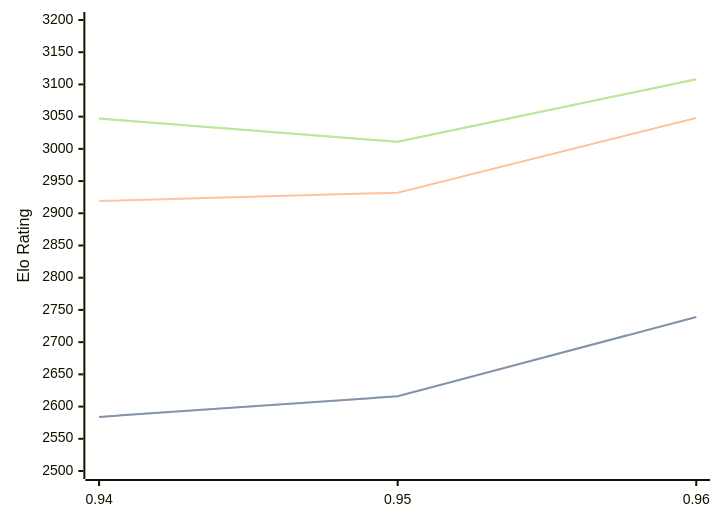
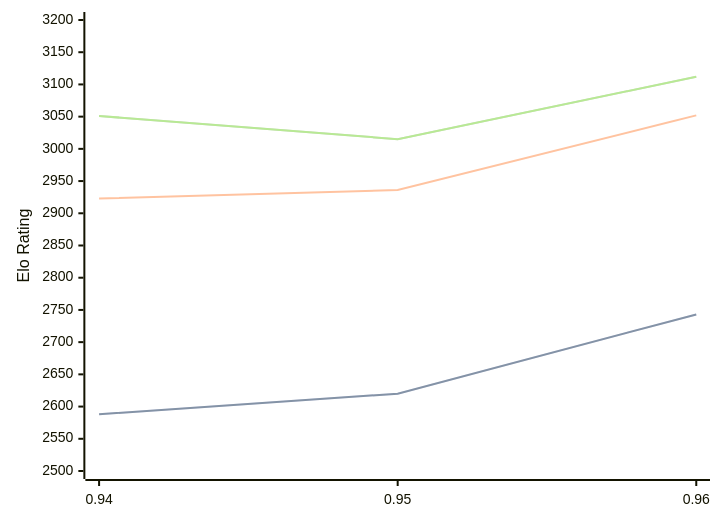
One commit to computer-chess-index/cci changed the diagram in engines/Myrddin.md. Above: the diagram before and after it, drawn with Mermaid. The commit also changed other lines of this file, not shown here.

Commit message:
Update CCI Ratings (ELO VLTC) - 2026-08-18

````diff
--- a/engines/Myrddin.md
+++ b/engines/Myrddin.md
@@ -33,11 +33,11 @@
 ```mermaid
 %%{init: {"theme":"base","themeVariables":{"seriesColors:['#a3a3a3','#222221','#faa371']}}}%%
 xychart-beta
   x-axis ["0.94", "0.95", "0.96"]
   y-axis "Elo Rating" 2500 --> 3200
-  line "STC (8.0+0.08s)" [2584, 2616, 2739]
-  line "STC (8.0+0.08s)" [2584, 2616, 2739]
-  line "LTC (60.0+0.60s)" [2919, 2932, 3048]
-  line "VLTC (2m24s+1.12s)" [3047, 3011, 3108]
-  line "VLTC (2m24s+1.12s)" [3047, 3011, 3108]
+  line "STC (8.0+0.08s)" [2588, 2620, 2743]
+  line "STC (8.0+0.08s)" [2588, 2620, 2743]
+  line "LTC (60.0+0.60s)" [2923, 2936, 3052]
+  line "VLTC (2m24s+1.12s)" [3051, 3015, 3112]
+  line "VLTC (2m24s+1.12s)" [3051, 3015, 3112]
 ```
````
